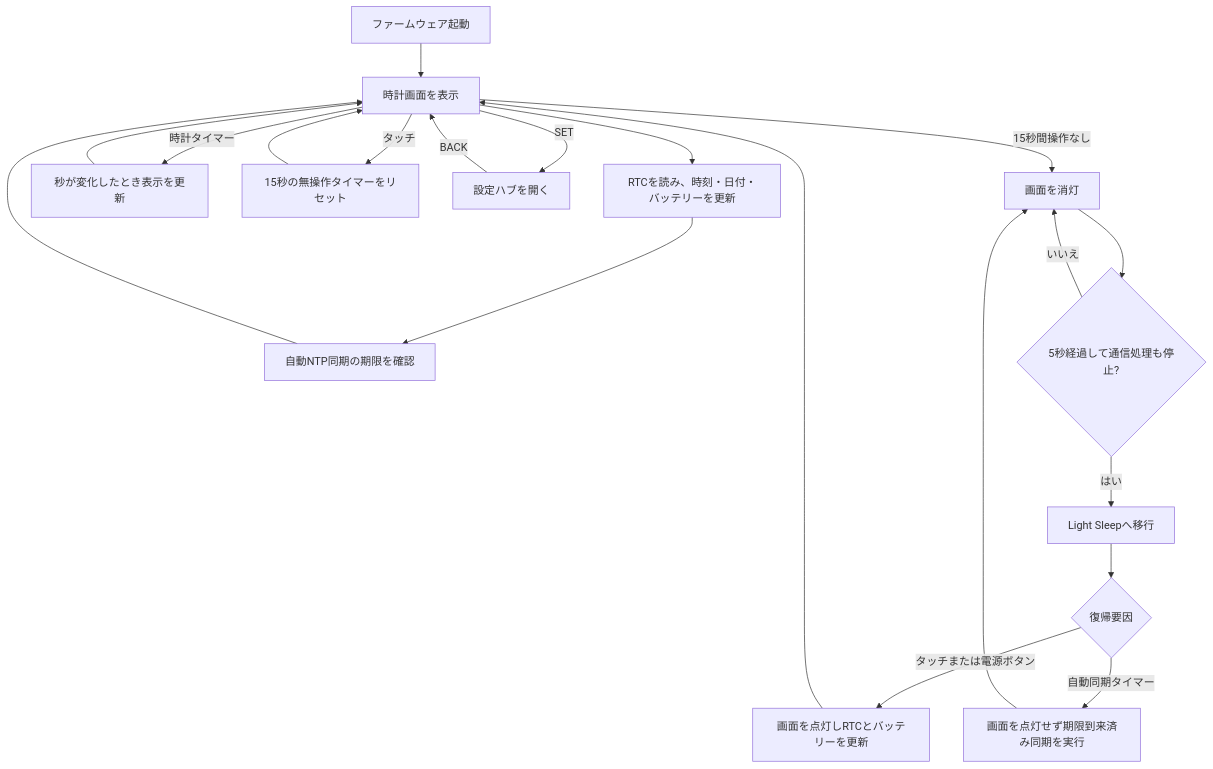
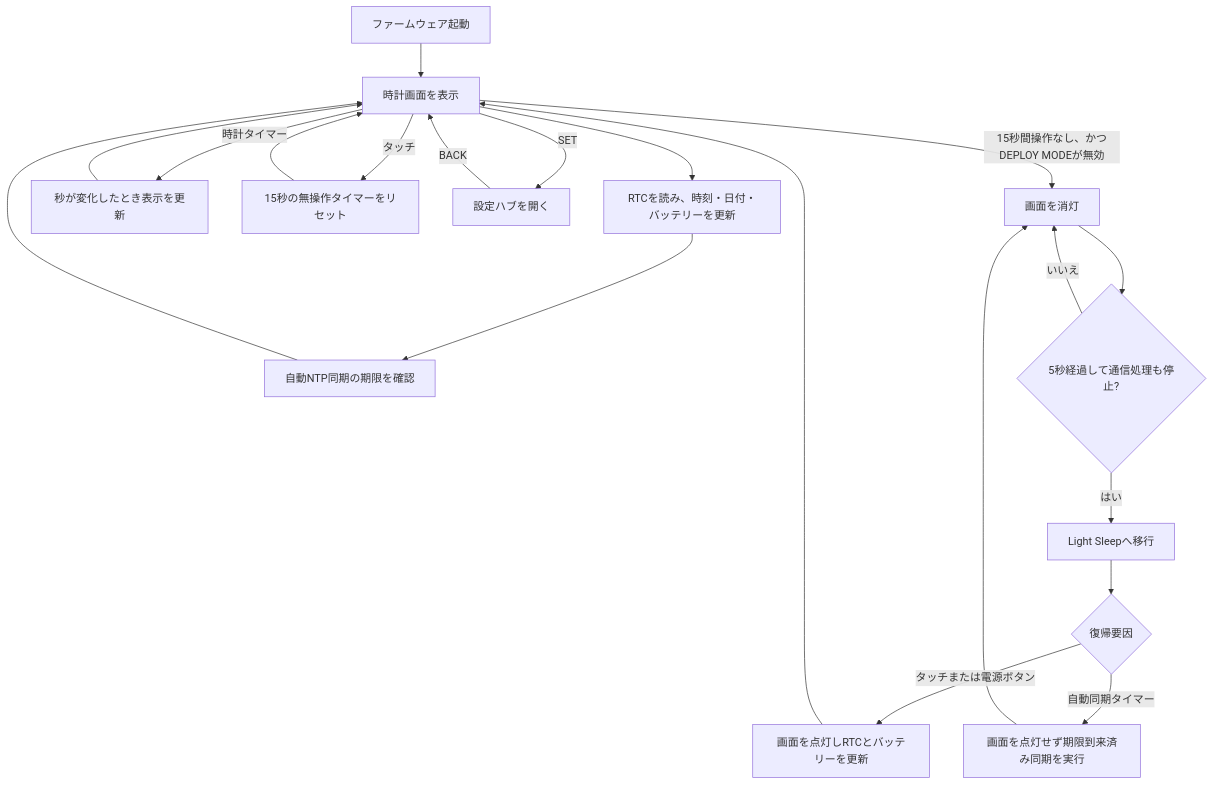
The fourth of 6 diagrams in README.md (keach/LilyGoLib-PlatformIO), drawn with Mermaid before and after one commit. The commit also changed other lines of this file and 1 other file, not shown here.

````diff
--- a/README.md
+++ b/README.md
@@ -434,24 +450,24 @@
 ```mermaid
 flowchart TD
     BOOT["ファームウェア起動"] --> CLOCK["時計画面を表示"]
     CLOCK --> REFRESH["RTCを読み、時刻・日付・バッテリーを更新"]
     REFRESH --> DUE["自動NTP同期の期限を確認"]
     DUE --> CLOCK
 
     CLOCK -- "時計タイマー" --> TICK["秒が変化したとき表示を更新"]
     TICK --> CLOCK
     CLOCK -- "タッチ" --> ACTIVE["15秒の無操作タイマーをリセット"]
     ACTIVE --> CLOCK
     CLOCK -- "SET" --> HUB["設定ハブを開く"]
     HUB -- "BACK" --> CLOCK
 
-    CLOCK -- "15秒間操作なし" --> OFF["画面を消灯"]
+    CLOCK -- "15秒間操作なし、かつDEPLOY MODEが無効" --> OFF["画面を消灯"]
     OFF --> READY{"5秒経過して通信処理も停止?"}
     READY -- "いいえ" --> OFF
     READY -- "はい" --> SLEEP["Light Sleepへ移行"]
     SLEEP --> WAKE{"復帰要因"}
     WAKE -- "タッチまたは電源ボタン" --> RESTORE["画面を点灯しRTCとバッテリーを更新"]
     RESTORE --> CLOCK
     WAKE -- "自動同期タイマー" --> BG["画面を点灯せず期限到来済み同期を実行"]
     BG --> OFF
 ```
````
